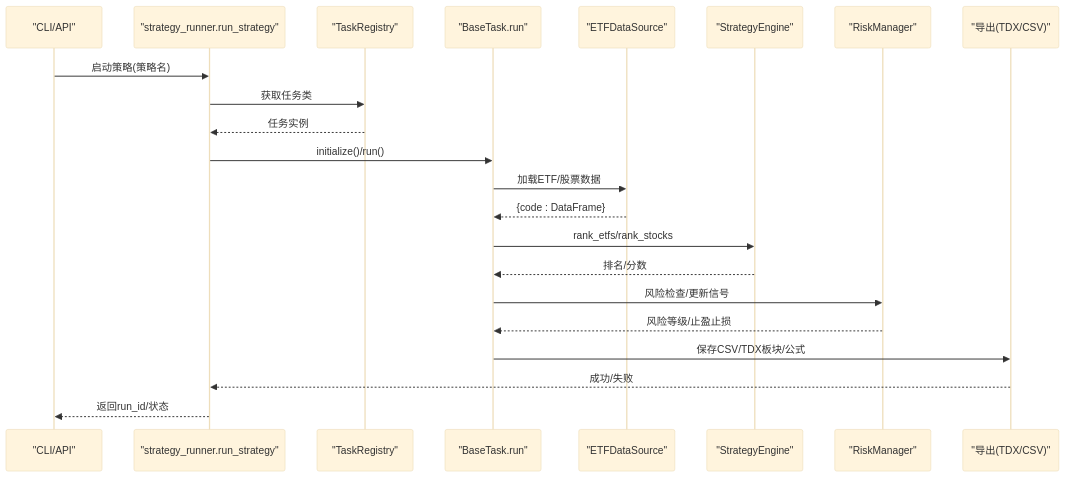
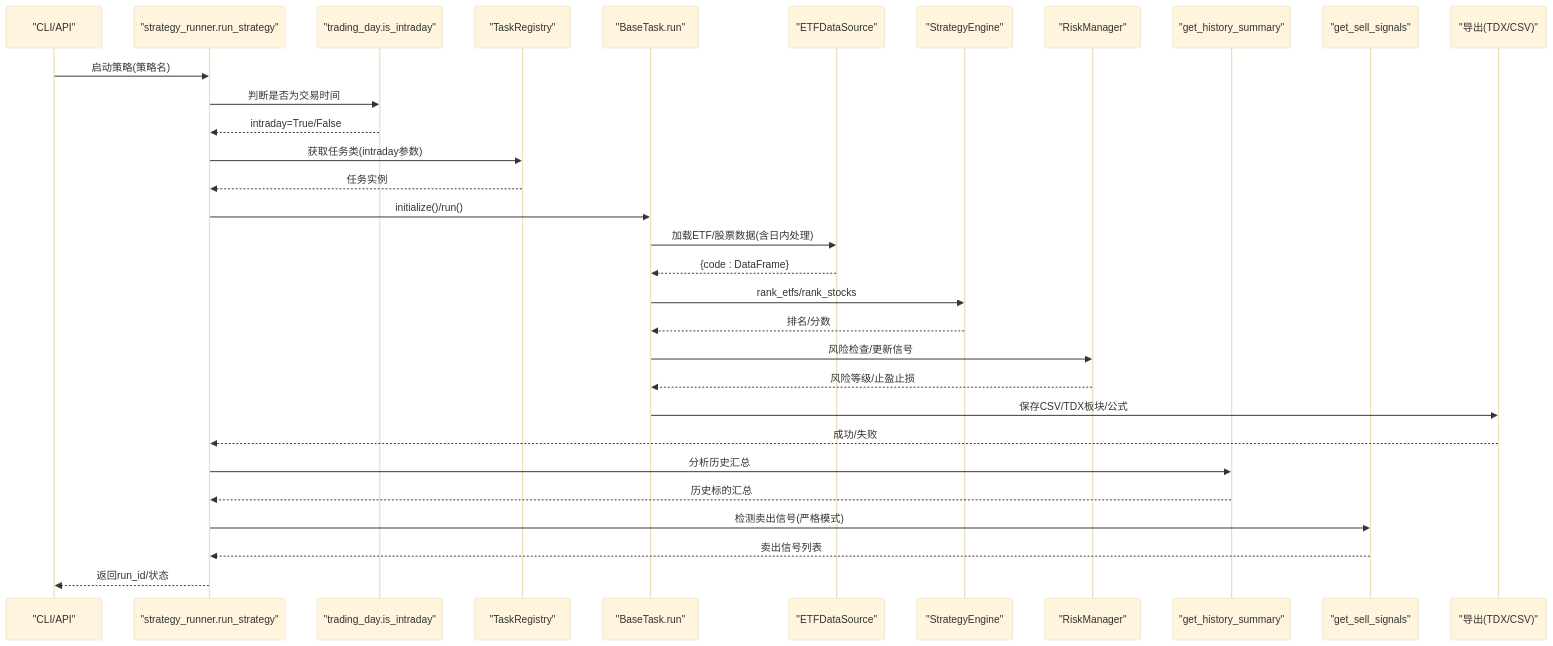
One commit to ldeng76/quant-ETF changed the second of 16 diagrams in .qoder/repowiki/zh/content/策略引擎/策略引擎.md. Above: the diagram before and after it, drawn with Mermaid (base theme). The commit also changed other lines of this file and 12 other files, not shown here.

````diff
--- a/.qoder/repowiki/zh/content/策略引擎/策略引擎.md
+++ b/.qoder/repowiki/zh/content/策略引擎/策略引擎.md
@@ -125,24 +164,33 @@
 ```mermaid
 sequenceDiagram
 participant CLI as "CLI/API"
 participant Runner as "strategy_runner.run_strategy"
+participant Intraday as "trading_day.is_intraday"
 participant Registry as "TaskRegistry"
 participant Task as "BaseTask.run"
 participant DS as "ETFDataSource"
 participant Strat as "StrategyEngine"
 participant Risk as "RiskManager"
+participant History as "get_history_summary"
+participant SellSignals as "get_sell_signals"
 participant Export as "导出(TDX/CSV)"
 CLI->>Runner : 启动策略(策略名)
-Runner->>Registry : 获取任务类
+Runner->>Intraday : 判断是否为交易时间
+Intraday-->>Runner : intraday=True/False
+Runner->>Registry : 获取任务类(intraday参数)
 Registry-->>Runner : 任务实例
 Runner->>Task : initialize()/run()
-Task->>DS : 加载ETF/股票数据
+Task->>DS : 加载ETF/股票数据(含日内处理)
 DS-->>Task : {code : DataFrame}
 Task->>Strat : rank_etfs/rank_stocks
 Strat-->>Task : 排名/分数
 Task->>Risk : 风险检查/更新信号
 Risk-->>Task : 风险等级/止盈止损
 Task->>Export : 保存CSV/TDX板块/公式
 Export-->>Runner : 成功/失败
+Runner->>History : 分析历史汇总
+History-->>Runner : 历史标的汇总
+Runner->>SellSignals : 检测卖出信号(严格模式)
+SellSignals-->>Runner : 卖出信号列表
 Runner-->>CLI : 返回run_id/状态
 ```
````
